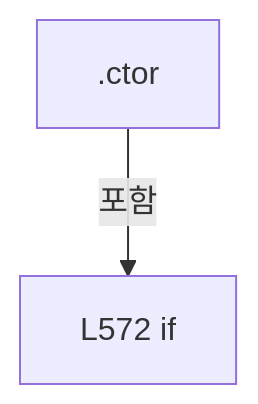
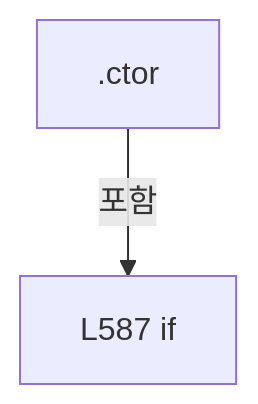
One commit to kjuws10-rgb/Shared changed diagram 13 of 18 in A3 LD Code Ref/files/Drilling.UI/Menu/Menus/CMenuCorrection.ReviewData.Offset.cs.md. Above: the diagram before and after it, drawn with Mermaid. The commit also changed other lines of this file and 2071 other files, not shown here.

Commit message:
docs(a3): update 11.19.0 architecture and code reference

````diff
--- a/A3 LD Code Ref/files/Drilling.UI/Menu/Menus/CMenuCorrection.ReviewData.Offset.cs.md
+++ b/A3 LD Code Ref/files/Drilling.UI/Menu/Menus/CMenuCorrection.ReviewData.Offset.cs.md
@@ -1900,6 +1910,6 @@
 ```mermaid
 flowchart TD
  M[".ctor"]
- N0["L572 if"]
+ N0["L587 if"]
  M -->|포함| N0
 ```
````
